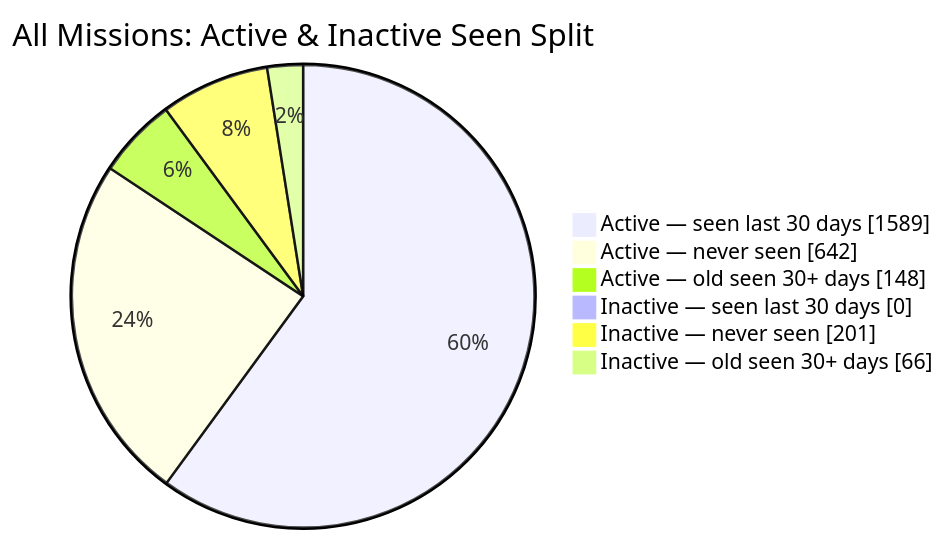
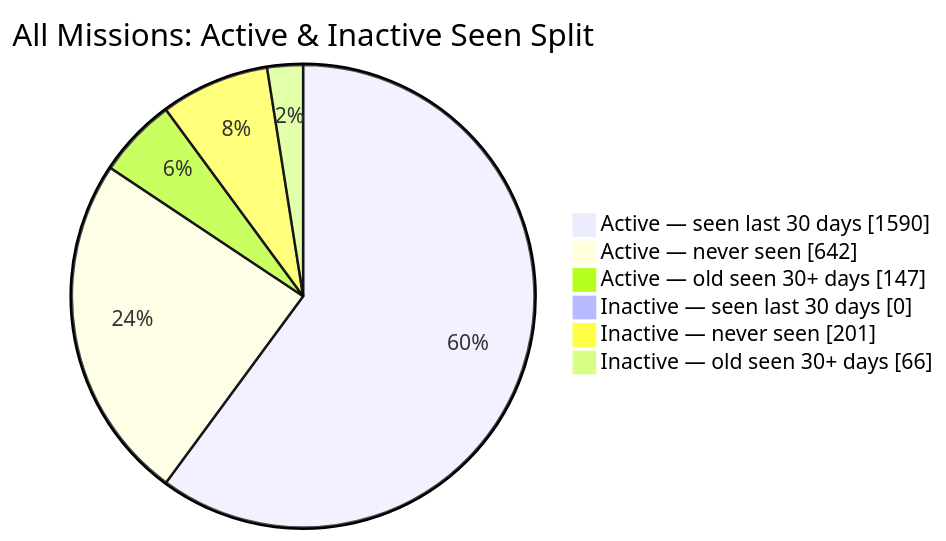
One commit to MeldkamerspelGameTeam/active-missions changed the second of 2 diagrams in README.md. Above: the diagram before and after it, drawn with Mermaid. The commit also changed other lines of this file and 3 other files, not shown here.

````diff
--- a/README.md
+++ b/README.md
@@ -44,10 +44,10 @@
 ```mermaid
 pie showData
     title All Missions: Active & Inactive Seen Split
-    "Active — seen last 30 days" : 1589
+    "Active — seen last 30 days" : 1590
     "Active — never seen" : 642
-    "Active — old seen 30+ days" : 148
+    "Active — old seen 30+ days" : 147
     "Inactive — seen last 30 days" : 0
     "Inactive — never seen" : 201
     "Inactive — old seen 30+ days" : 66
 ```
````
